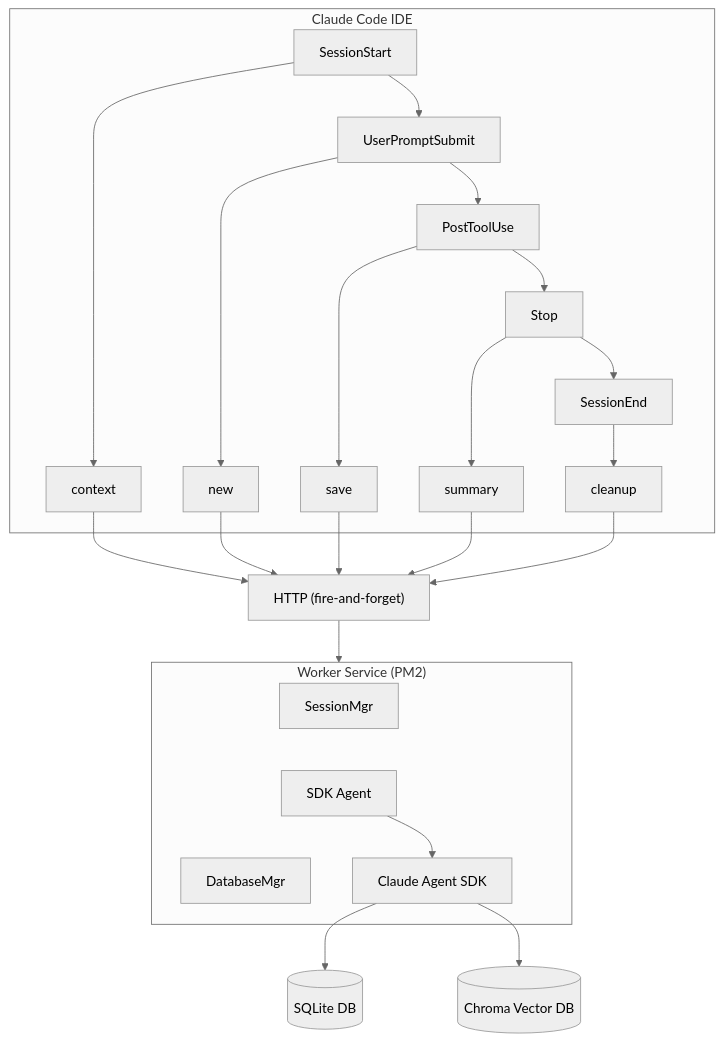
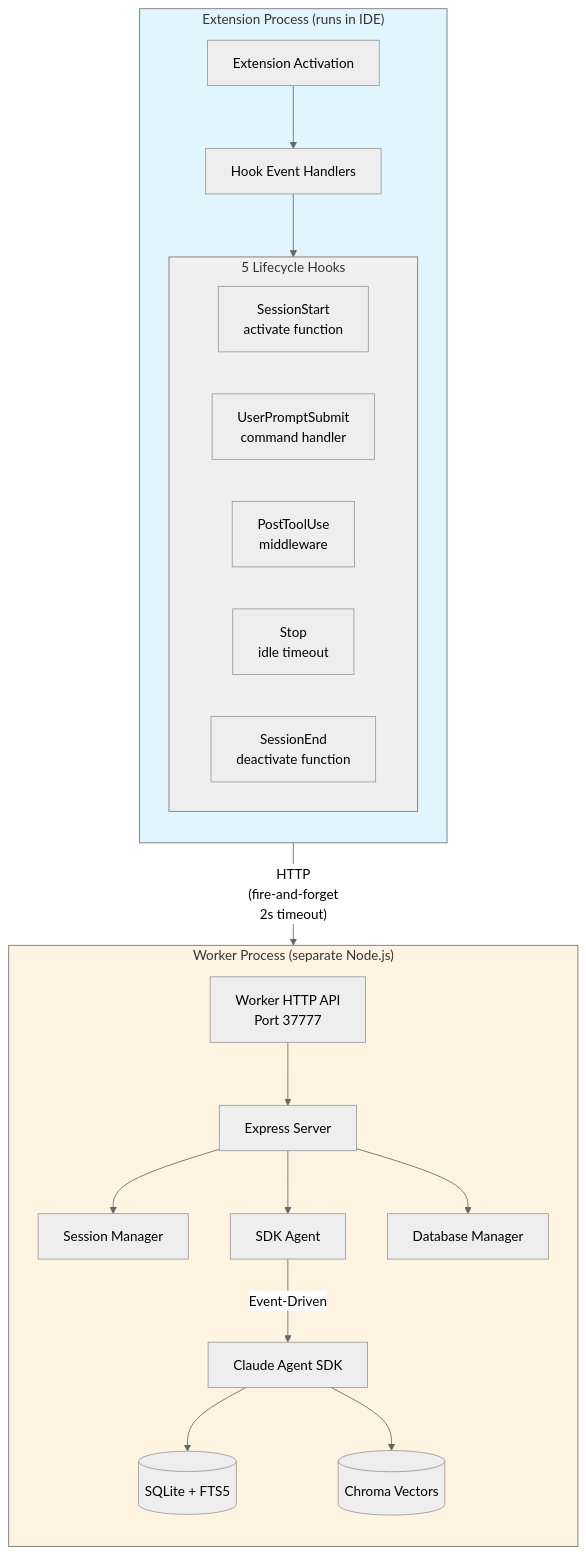
The first of 10 diagrams in apps/claude-mem/docs/public/architecture/hooks.mdx (innotelinc/jesus), drawn with Mermaid (neutral theme) before and after one commit. The commit also changed other lines of this file and 3 other files, not shown here.

First line of the commit message:
Add Platform Integration Guide for claude-mem worker service

````diff
--- a/apps/claude-mem/docs/public/architecture/hooks.mdx
+++ b/apps/claude-mem/docs/public/architecture/hooks.mdx
@@ -12,22 +16,37 @@
 ```mermaid
-flowchart TB
-    subgraph IDE["Claude Code IDE"]
-        SS[SessionStart] --> UPS[UserPromptSubmit] --> PTU[PostToolUse] --> ST[Stop] --> SE[SessionEnd]
-        SS --> ctx["context"]
-        UPS --> new["new"]
-        PTU --> save["save"]
-        ST --> sum["summary"]
-        SE --> clean["cleanup"]
+graph TB
+    subgraph EXT["Extension Process (runs in IDE)"]
+        direction TB
+        ACT[Extension Activation]
+        HOOKS[Hook Event Handlers]
+        ACT --> HOOKS
+
+        subgraph HOOK_HANDLERS["5 Lifecycle Hooks"]
+            H1[SessionStart<br/>activate function]
+            H2[UserPromptSubmit<br/>command handler]
+            H3[PostToolUse<br/>middleware]
+            H4[Stop<br/>idle timeout]
+            H5[SessionEnd<br/>deactivate function]
+        end
+
+        HOOKS --> HOOK_HANDLERS
     end
 
-    ctx & new & save & sum & clean --> HTTP["HTTP (fire-and-forget)"]
+    HOOK_HANDLERS -->|"HTTP<br/>(fire-and-forget<br/>2s timeout)"| HTTP[Worker HTTP API<br/>Port 37777]
 
-    subgraph Worker["Worker Service (PM2)"]
-        SM[SessionMgr] ~~~ SA[SDK Agent] ~~~ DM[DatabaseMgr]
-        SA --> SDK["Claude Agent SDK"]
+    subgraph WORKER["Worker Process (separate Node.js)"]
+        direction TB
+        HTTP --> API[Express Server]
+        API --> SESS[Session Manager]
+        API --> AGENT[SDK Agent]
+        API --> DB[Database Manager]
+
+        AGENT -->|Event-Driven| CLAUDE[Claude Agent SDK]
+        CLAUDE --> SQLITE[(SQLite + FTS5)]
+        CLAUDE --> CHROMA[(Chroma Vectors)]
     end
 
-    HTTP --> Worker
-    SDK --> SQLite[(SQLite DB)]
-    SDK --> Chroma[(Chroma Vector DB)]
+    style EXT fill:#e1f5ff
+    style WORKER fill:#fff4e1
+    style HOOK_HANDLERS fill:#f0f0f0
 ```
````
